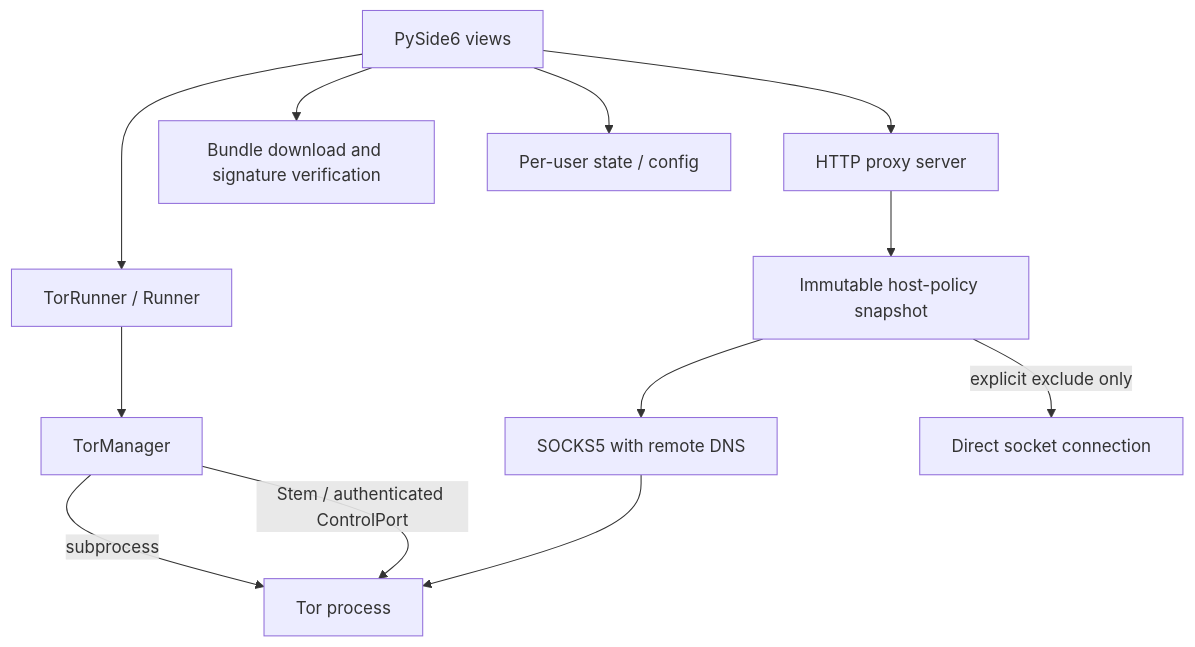
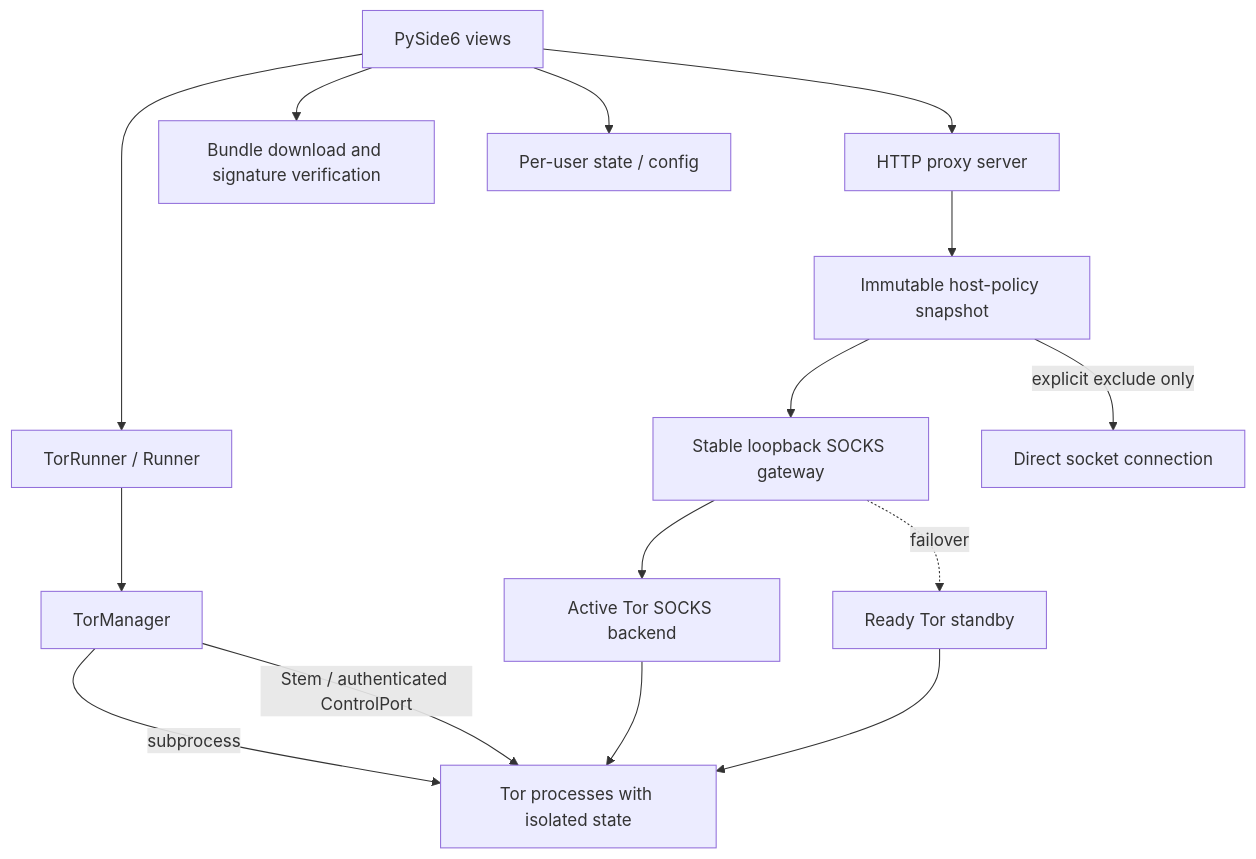
One commit to nima-salamat/tor-proxy changed the diagram in docs/ARCHITECTURE.md. Above: the diagram before and after it, drawn with Mermaid. The commit also changed other lines of this file, not shown here.

Commit message:
Document primary Tor active-standby gateway architecture

````diff
--- a/docs/ARCHITECTURE.md
+++ b/docs/ARCHITECTURE.md
@@ -5,14 +5,17 @@
 ```mermaid
 flowchart TD
   View[PySide6 views] --> Adapter[TorRunner / Runner]
   Adapter --> Manager[TorManager]
   Manager -->|subprocess| Tor[Tor process]
   Manager -->|Stem / authenticated ControlPort| Tor
   View --> Http[HTTP proxy server]
   Http --> Rules[Immutable host-policy snapshot]
-  Rules --> Socks[SOCKS5 with remote DNS]
-  Socks --> Tor
+  Rules --> Socks[Stable loopback SOCKS gateway]
+  Socks --> Active[Active Tor SOCKS backend]
+  Socks -. failover .-> Standby[Ready Tor standby]
+  Active --> Tor[Tor processes with isolated state]
+  Standby --> Tor
   Rules -->|explicit exclude only| Direct[Direct socket connection]
   View --> Bundle[Bundle download and signature verification]
   View --> Config[Per-user state / config]
 ```
````
